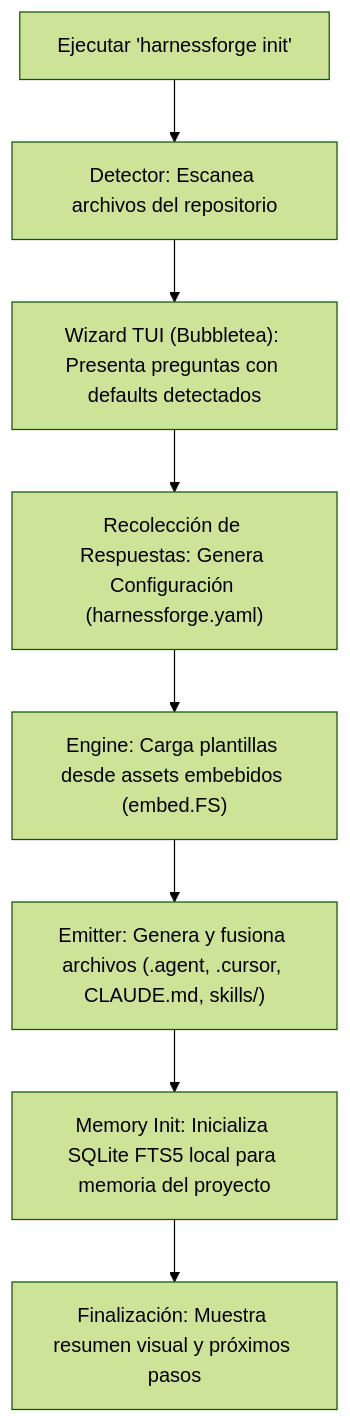
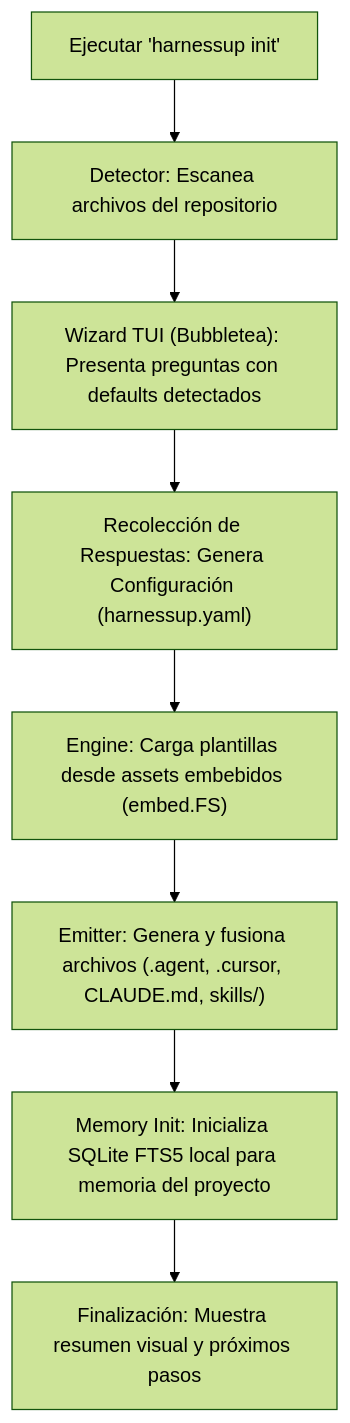
Before and after one commit to FakuInsa/harness-up: the diagram in docs/specs/01-vision-and-architecture.md, drawn with Mermaid (forest theme). The commit also changed other lines of this file and 7 other files, not shown here.

````diff
--- a/docs/specs/01-vision-and-architecture.md
+++ b/docs/specs/01-vision-and-architecture.md
@@ -75,10 +75,10 @@
 ```mermaid
 flowchart TD
-    A["Ejecutar 'harnessforge init'"] --> B["Detector: Escanea archivos del repositorio"]
+    A["Ejecutar 'harnessup init'"] --> B["Detector: Escanea archivos del repositorio"]
     B --> C["Wizard TUI (Bubbletea): Presenta preguntas con defaults detectados"]
-    C --> D["Recolección de Respuestas: Genera Configuración (harnessforge.yaml)"]
+    C --> D["Recolección de Respuestas: Genera Configuración (harnessup.yaml)"]
     D --> E["Engine: Carga plantillas desde assets embebidos (embed.FS)"]
     E --> F["Emitter: Genera y fusiona archivos (.agent, .cursor, CLAUDE.md, skills/)"]
     F --> G["Memory Init: Inicializa SQLite FTS5 local para memoria del proyecto"]
     G --> H["Finalización: Muestra resumen visual y próximos pasos"]
 ```
````
